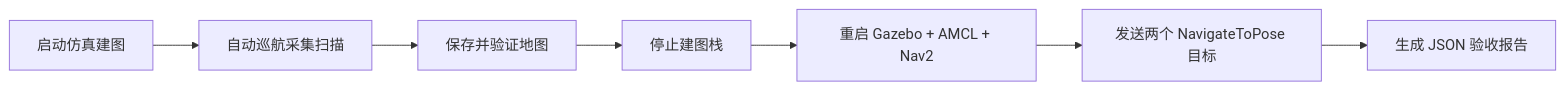
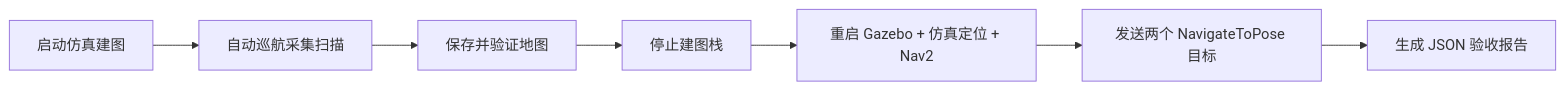
Before and after one commit to hezhou0331/ros2-nav2-mppi-gazebo-repro: the fourth of 4 diagrams in README.md, drawn with Mermaid. The commit also changed other lines of this file and 40 other files, not shown here.

````diff
--- a/README.md
+++ b/README.md
@@ -202,9 +225,9 @@
 ```mermaid
 flowchart LR
     A[启动仿真建图] --> B[自动巡航采集扫描]
     B --> C[保存并验证地图]
     C --> D[停止建图栈]
-    D --> E[重启 Gazebo + AMCL + Nav2]
+    D --> E[重启 Gazebo + 仿真定位 + Nav2]
     E --> F[发送两个 NavigateToPose 目标]
     F --> G[生成 JSON 验收报告]
 ```
````
